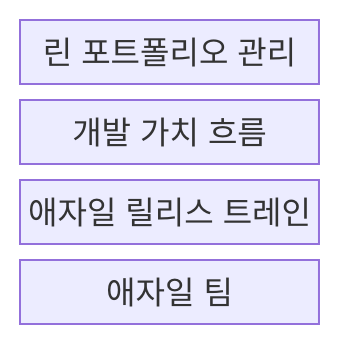
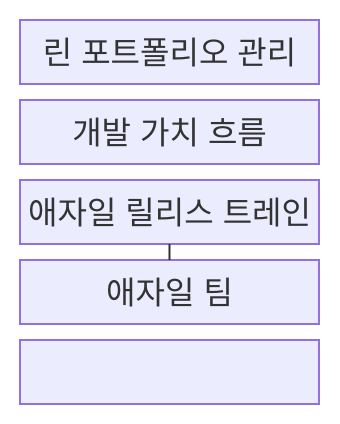
Before and after one commit to agnusdei1207/knowledge-base: the first of 2 diagrams in src/content/docs/notes/03-software/033_scaled_agile_framework.md, drawn with Mermaid. The commit also changed other lines of this file and 238 other files, not shown here.

````diff
--- a/src/content/docs/notes/03-software/033_scaled_agile_framework.md
+++ b/src/content/docs/notes/03-software/033_scaled_agile_framework.md
@@ -61,8 +61,10 @@
 ```mermaid
-block
+block-beta
   columns 1
   P["린 포트폴리오 관리"]
   V["개발 가치 흐름"]
   A["애자일 릴리스 트레인"]
   T["애자일 팀"]
+  P --- V --- A
+  A --- T
 ```
````
